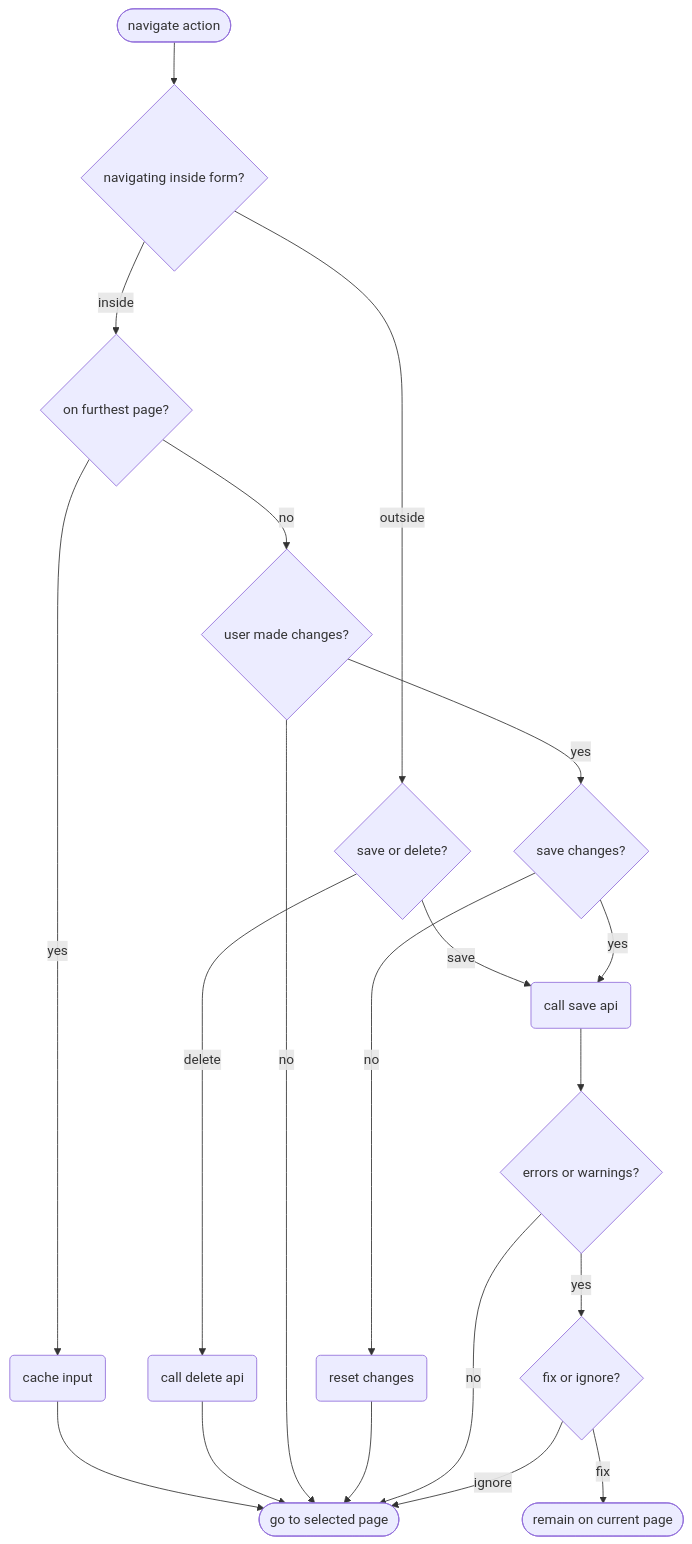
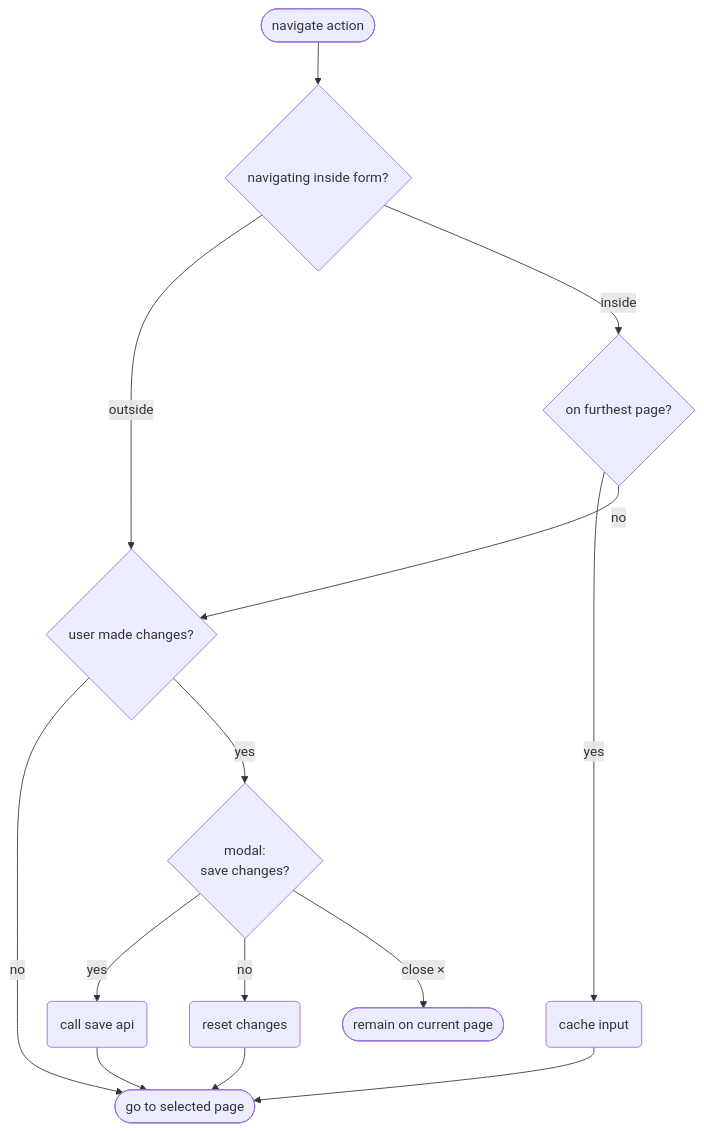
The fourth of 5 diagrams in documentatie/flowcharts/data-entry-forms.md (kiesraad/abacus), drawn with Mermaid before and after one commit. The commit also changed other lines of this file, not shown here.

Commit message:
Update navigation flowchart, add abort flowchart

````diff
--- a/documentatie/flowcharts/data-entry-forms.md
+++ b/documentatie/flowcharts/data-entry-forms.md
@@ -178,43 +181,33 @@
 ```mermaid
 flowchart TD
     %% start and end
     flow-start([navigate action])
     go-to-page([go to selected page])
     remain-on-page([remain on current page])
 
     %% steps
     inside-outside{navigating inside form?}
     on-furthest-page{on furthest page?}
     user-made-changes{user made changes?}
-    save-changes{save changes?}
+    save-changes{"modal: \n save changes?"}
     call-save-api(call save api)
-    call-delete-api(call delete api)
     cache-input(cache input)
     reset-changes(reset changes)
-    errors-or-warnings{errors or warnings?}
-    modal-fix-or-ignore{fix or ignore?}
-    save-or-delete{"save or delete?"}
 
     %% flow
     flow-start --> inside-outside
-    inside-outside -- outside --> save-or-delete
+    inside-outside -- outside --> user-made-changes
     inside-outside -- inside --> on-furthest-page
     on-furthest-page -- yes --> cache-input
     cache-input --> go-to-page
     
-    save-or-delete -- save --> call-save-api
-    save-or-delete -- delete --> call-delete-api
-    call-delete-api --> go-to-page
 
     on-furthest-page -- no --> user-made-changes
     user-made-changes -- no --> go-to-page
     user-made-changes -- yes --> save-changes
+    save-changes -- yes --> call-save-api
     save-changes -- no --> reset-changes
+    save-changes -- close × --> remain-on-page
     reset-changes --> go-to-page
-    save-changes -- yes --> call-save-api
-    call-save-api --> errors-or-warnings
-    errors-or-warnings -- no --> go-to-page
-    errors-or-warnings -- yes --> modal-fix-or-ignore
-    modal-fix-or-ignore -- fix --> remain-on-page
-    modal-fix-or-ignore -- ignore --> go-to-page
+    call-save-api --> go-to-page
 ```
````
